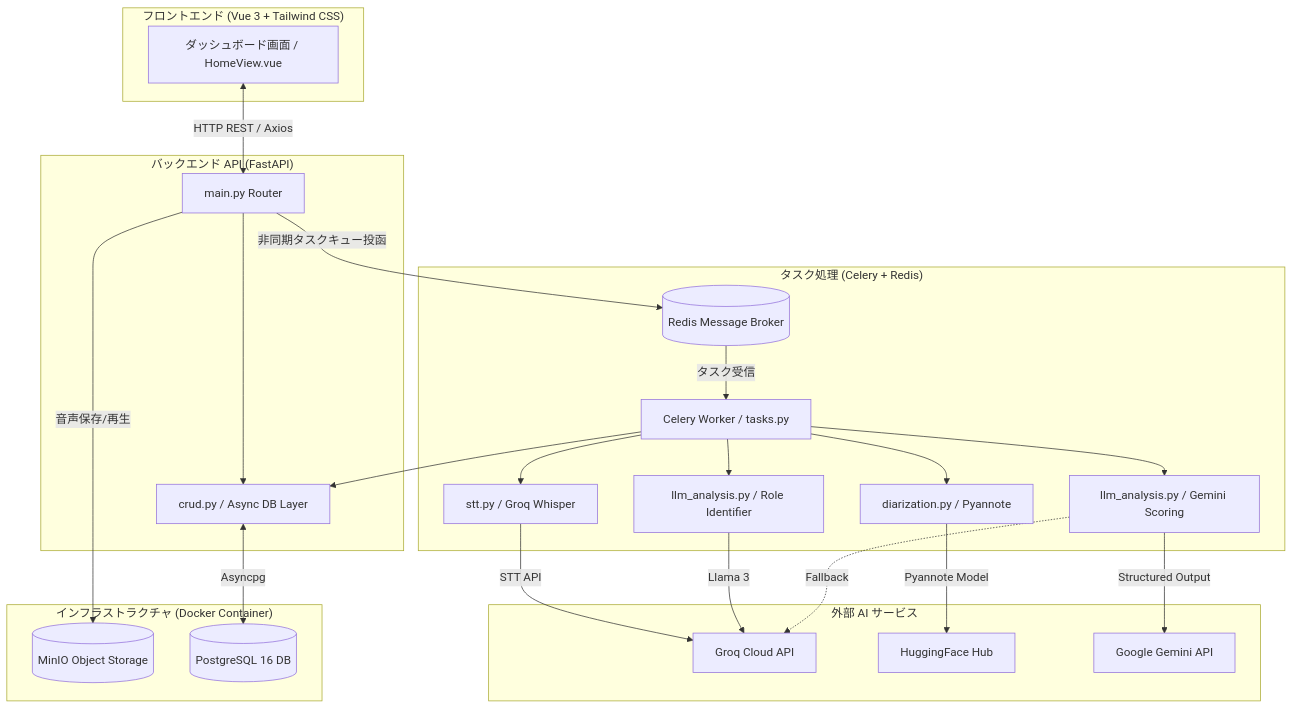
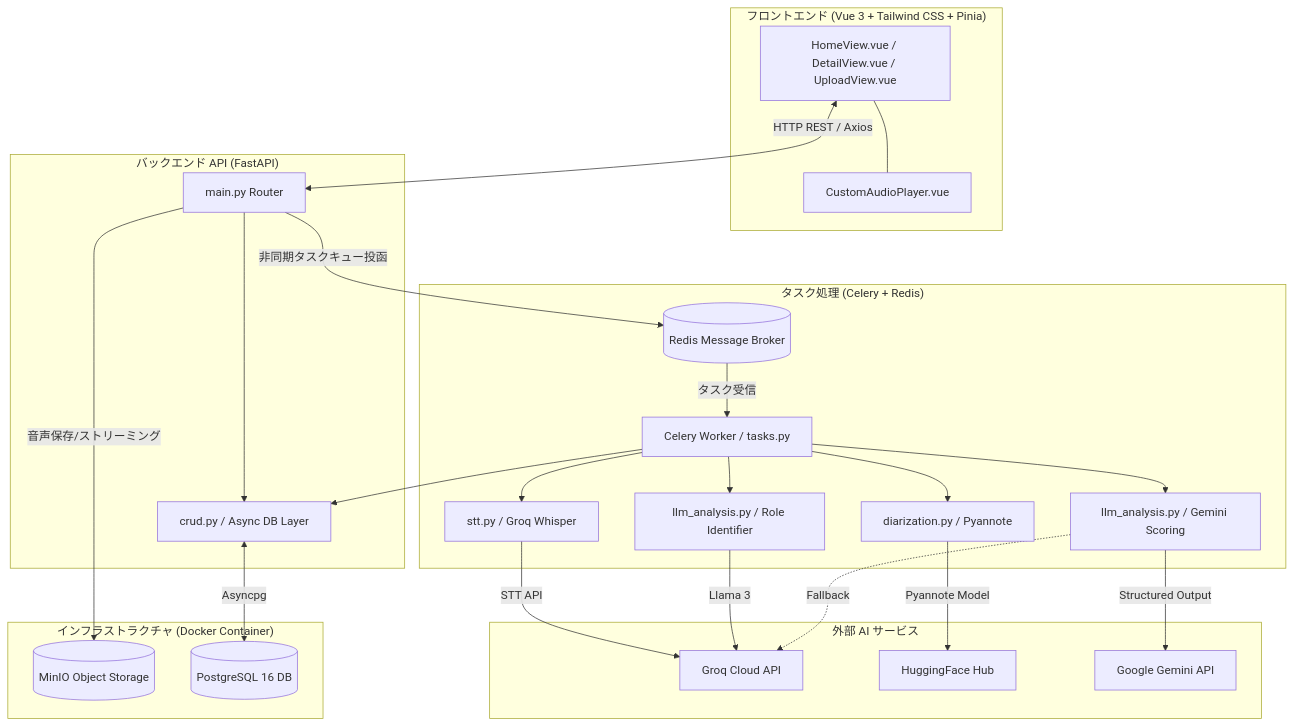
One commit to tansyu0423-creator/telesales-web-app changed the first of 2 diagrams in docs/01_system_architecture.md. Above: the diagram before and after it, drawn with Mermaid. The commit also changed other lines of this file and 26 other files, not shown here.

````diff
--- a/docs/01_system_architecture.md
+++ b/docs/01_system_architecture.md
@@ -31,51 +72,53 @@
 ```mermaid
 flowchart TB
-    subgraph Frontend ["フロントエンド (Vue 3 + Tailwind CSS)"]
-        UI[ダッシュボード画面 / HomeView.vue]
+    subgraph Frontend ["フロントエンド (Vue 3 + Tailwind CSS + Pinia)"]
+        UI[HomeView.vue / DetailView.vue / UploadView.vue]
+        Player[CustomAudioPlayer.vue]
     end
 
     subgraph Backend ["バックエンド API (FastAPI)"]
         API[main.py Router]
         CRUD[crud.py / Async DB Layer]
     end
 
     subgraph TaskQueue ["タスク処理 (Celery + Redis)"]
         Redis[(Redis Message Broker)]
         Worker[Celery Worker / tasks.py]
         STT_MOD[stt.py / Groq Whisper]
         DIAR_MOD[diarization.py / Pyannote]
         LLM_ROLE[llm_analysis.py / Role Identifier]
         LLM_SCORE[llm_analysis.py / Gemini Scoring]
     end
 
     subgraph External_AI ["外部 AI サービス"]
         Groq_API[Groq Cloud API]
         HF_Hub[HuggingFace Hub]
         Gemini_API[Google Gemini API]
     end
 
     subgraph Infrastructure ["インフラストラクチャ (Docker Container)"]
         MinIO[(MinIO Object Storage)]
         Postgres[(PostgreSQL 16 DB)]
     end
 
     UI <-->|HTTP REST / Axios| API
-    API -->|音声保存/再生| MinIO
+    UI --- Player
+    API -->|音声保存/ストリーミング| MinIO
     API -->|非同期タスクキュー投函| Redis
     Redis -->|タスク受信| Worker
 
     Worker --> STT_MOD
     Worker --> DIAR_MOD
     Worker --> LLM_ROLE
     Worker --> LLM_SCORE
 
     STT_MOD -->|STT API| Groq_API
     DIAR_MOD -->|Pyannote Model| HF_Hub
     LLM_ROLE -->|Llama 3| Groq_API
     LLM_SCORE -->|Structured Output| Gemini_API
     LLM_SCORE -.->|Fallback| Groq_API
 
     API --> CRUD
     Worker --> CRUD
     CRUD <-->|Asyncpg| Postgres
 ```
````
